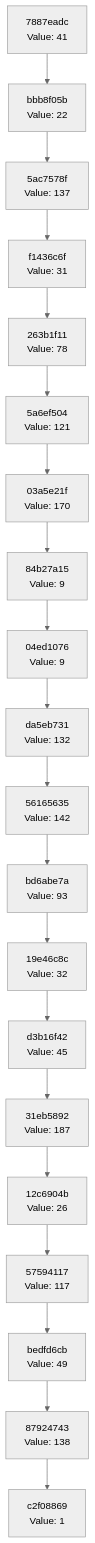
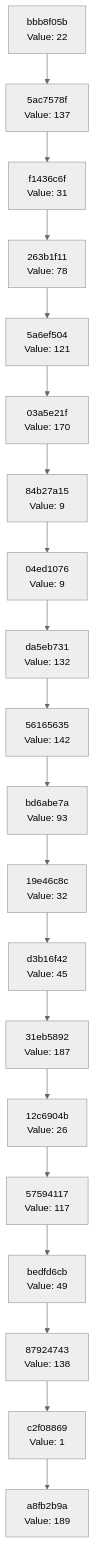
Before and after one commit to Abhisheksinha1506/hash-chain-evolver: the diagram in docs/CHAIN_VISUALIZATION.md, drawn with Mermaid (neutral theme). The commit also changed 3 other files, not shown here.

````diff
--- a/docs/CHAIN_VISUALIZATION.md
+++ b/docs/CHAIN_VISUALIZATION.md
@@ -3,42 +3,42 @@
 ```mermaid
 graph TD
-    C0["c2f08869<br/>Value: 1"]
-    C1["87924743<br/>Value: 138"]
+    C0["a8fb2b9a<br/>Value: 189"]
+    C1["c2f08869<br/>Value: 1"]
     C1 --> C0
-    C2["bedfd6cb<br/>Value: 49"]
+    C2["87924743<br/>Value: 138"]
     C2 --> C1
-    C3["57594117<br/>Value: 117"]
+    C3["bedfd6cb<br/>Value: 49"]
     C3 --> C2
-    C4["12c6904b<br/>Value: 26"]
+    C4["57594117<br/>Value: 117"]
     C4 --> C3
-    C5["31eb5892<br/>Value: 187"]
+    C5["12c6904b<br/>Value: 26"]
     C5 --> C4
-    C6["d3b16f42<br/>Value: 45"]
+    C6["31eb5892<br/>Value: 187"]
     C6 --> C5
-    C7["19e46c8c<br/>Value: 32"]
+    C7["d3b16f42<br/>Value: 45"]
     C7 --> C6
-    C8["bd6abe7a<br/>Value: 93"]
+    C8["19e46c8c<br/>Value: 32"]
     C8 --> C7
-    C9["56165635<br/>Value: 142"]
+    C9["bd6abe7a<br/>Value: 93"]
     C9 --> C8
-    C10["da5eb731<br/>Value: 132"]
+    C10["56165635<br/>Value: 142"]
     C10 --> C9
-    C11["04ed1076<br/>Value: 9"]
+    C11["da5eb731<br/>Value: 132"]
     C11 --> C10
-    C12["84b27a15<br/>Value: 9"]
+    C12["04ed1076<br/>Value: 9"]
     C12 --> C11
-    C13["03a5e21f<br/>Value: 170"]
+    C13["84b27a15<br/>Value: 9"]
     C13 --> C12
-    C14["5a6ef504<br/>Value: 121"]
+    C14["03a5e21f<br/>Value: 170"]
     C14 --> C13
-    C15["263b1f11<br/>Value: 78"]
+    C15["5a6ef504<br/>Value: 121"]
     C15 --> C14
-    C16["f1436c6f<br/>Value: 31"]
+    C16["263b1f11<br/>Value: 78"]
     C16 --> C15
-    C17["5ac7578f<br/>Value: 137"]
+    C17["f1436c6f<br/>Value: 31"]
     C17 --> C16
-    C18["bbb8f05b<br/>Value: 22"]
+    C18["5ac7578f<br/>Value: 137"]
     C18 --> C17
-    C19["7887eadc<br/>Value: 41"]
+    C19["bbb8f05b<br/>Value: 22"]
     C19 --> C18
 ```
````
